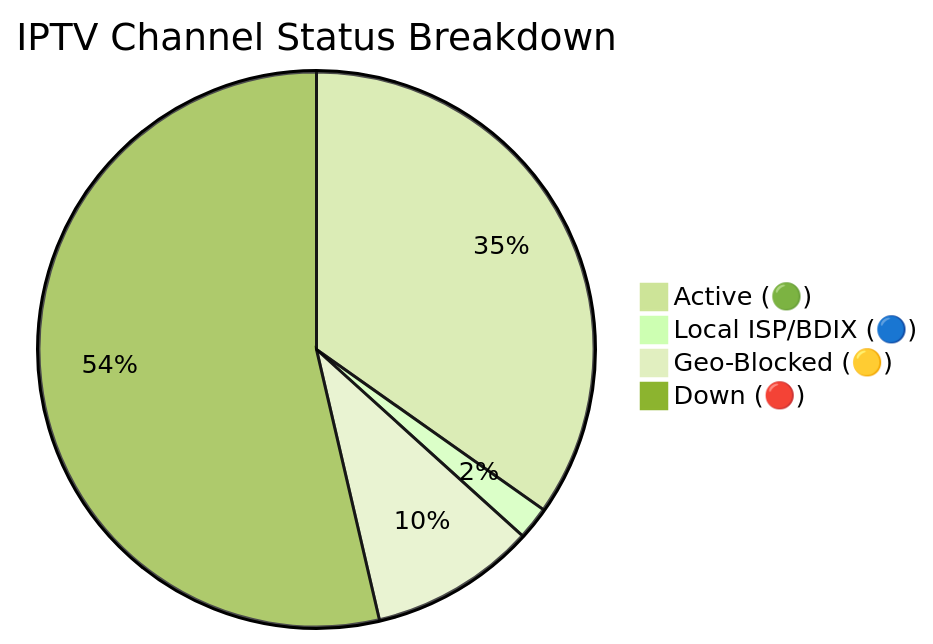
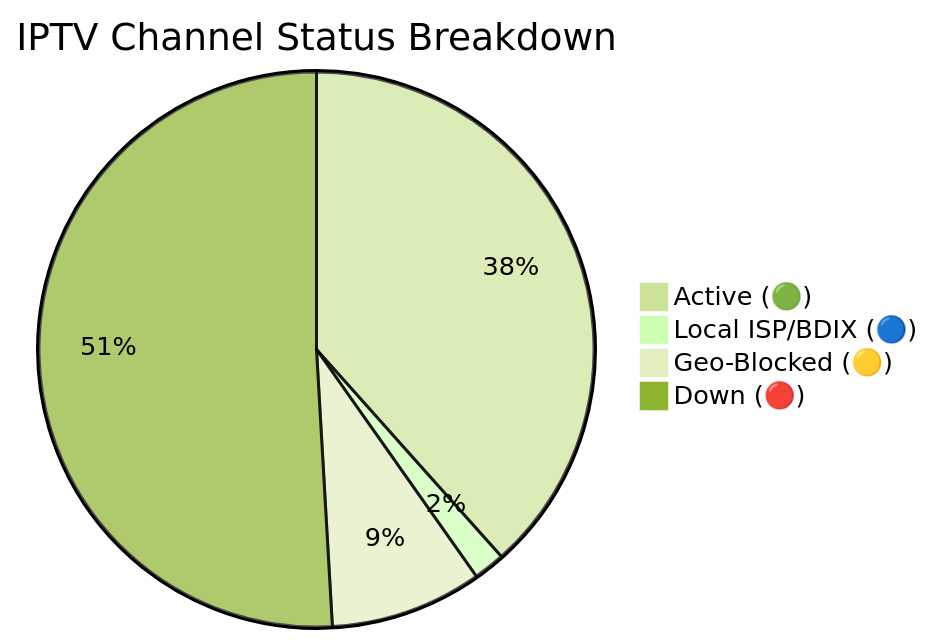
The diagram in README.md (andreataylord/Ip-tv-Collection), drawn with Mermaid (forest theme) before and after one commit. The commit also changed other lines of this file and 2 other files, not shown here.

````diff
--- a/README.md
+++ b/README.md
@@ -59,7 +59,7 @@
 ```mermaid
 pie title IPTV Channel Status Breakdown
-    "Active (🟢)" : 2313
+    "Active (🟢)" : 2691
     "Local ISP/BDIX (🔵)" : 128
-    "Geo-Blocked (🟡)" : 642
-    "Down (🔴)" : 3567
+    "Geo-Blocked (🟡)" : 621
+    "Down (🔴)" : 3568
 ```
````
